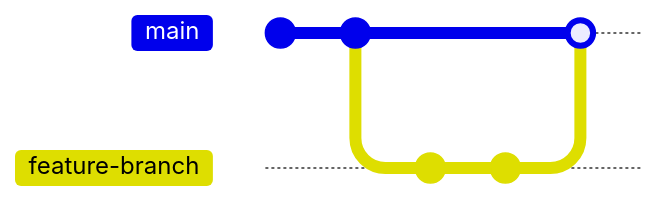
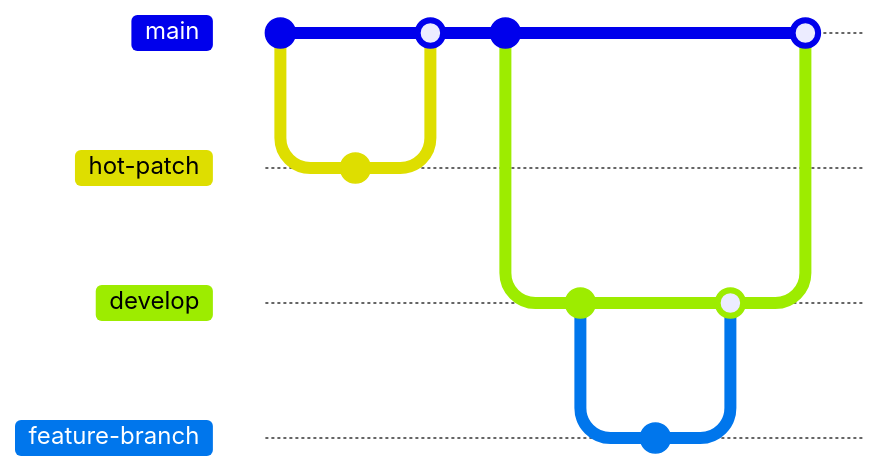
Before and after one commit to amanfucci/ardeeno-backend: the diagram in README.md, drawn with Mermaid. The commit also changed other lines of this file and 14 other files, not shown here. Commit ids are hidden.

````diff
--- a/README.md
+++ b/README.md
@@ -14,10 +18,18 @@
 ```mermaid
     gitGraph
       commit
+      branch hot-patch
       commit
+      checkout main
+      merge hot-patch
+      commit
+      branch develop
+      commit
+      checkout develop
       branch feature-branch
       commit
-      commit
+      checkout develop
+      merge feature-branch
       checkout main
-      merge feature-branch
+      merge develop
 ```
````
